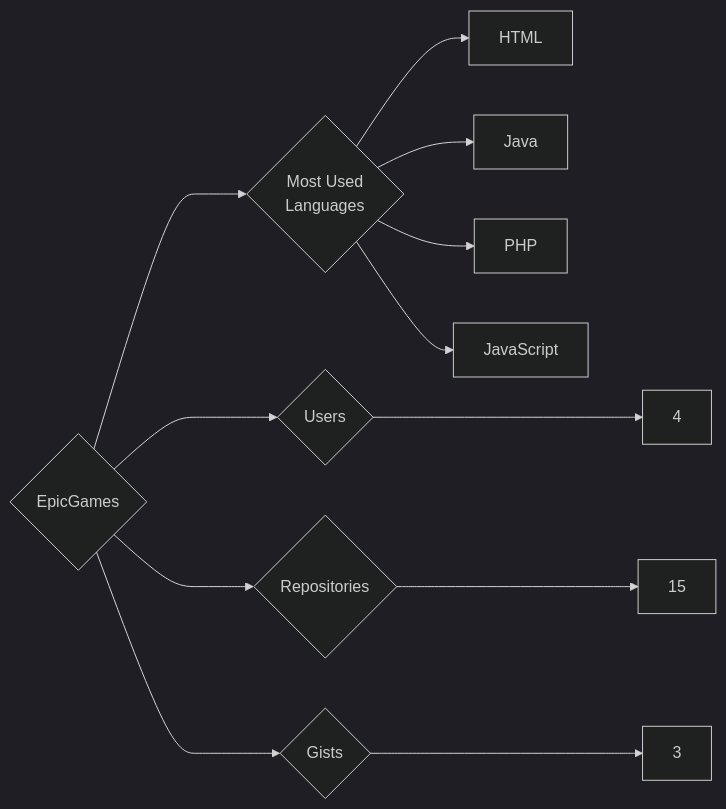
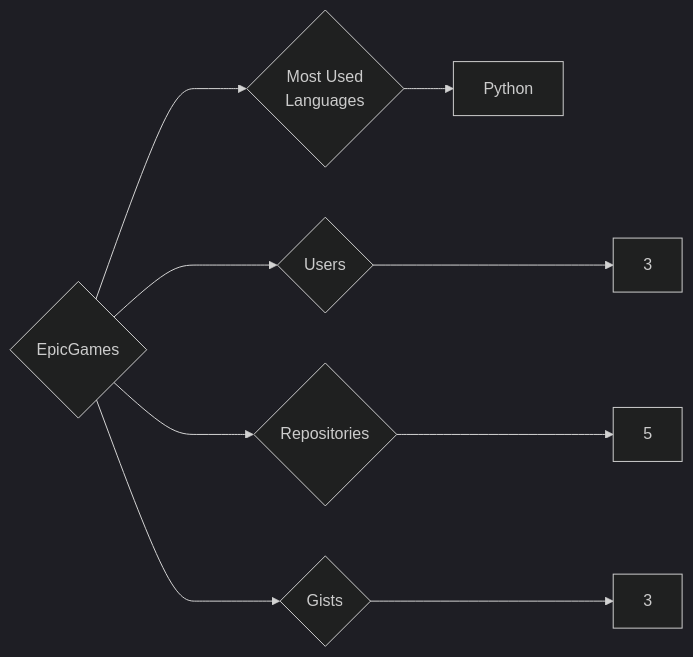
Before and after one commit to trickest/insiders: the diagram in targets/EpicGames/README.md, drawn with Mermaid (dark theme). The commit also changed 1023 other files, not shown here.

````diff
--- a/targets/EpicGames/README.md
+++ b/targets/EpicGames/README.md
@@ -3,12 +3,9 @@
 ```mermaid
 graph LR
 COMPANY_NAME{EpicGames}
-COMPANY_NAME ---> U{Users} ---> UN[4]
-COMPANY_NAME ---> R{Repositories} ---> RN[15]
+COMPANY_NAME ---> U{Users} ---> UN[3]
+COMPANY_NAME ---> R{Repositories} ---> RN[5]
 COMPANY_NAME ---> G{Gists} ---> GN[3]
 COMPANY_NAME ---> ML{Most Used<br>Languages}
-ML --> HTML[HTML]
-ML --> Java[Java]
-ML --> PHP[PHP]
-ML --> JavaScript[JavaScript]
+ML --> Python[Python]
 ```
````
